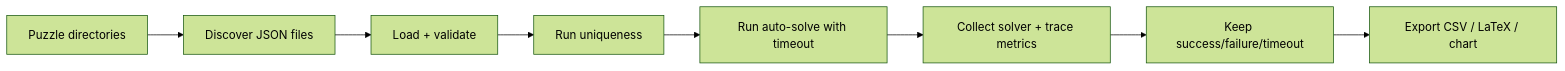
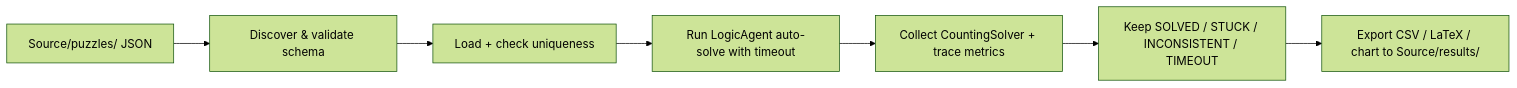
One commit to vannguyn/Griductive-Solver changed diagram 17 of 18 in Workflow.md. Above: the diagram before and after it, drawn with Mermaid (forest theme). The commit also changed other lines of this file, not shown here.

Commit message:
docs(workflow): replace HTTP API with GameSession/PyQt6 flow and sync contracts

````diff
--- a/Workflow.md
+++ b/Workflow.md
@@ -806,10 +746,9 @@
 ```mermaid
 flowchart LR
-    A[Puzzle directories] --> B[Discover JSON files]
-    B --> C[Load + validate]
-    C --> D[Run uniqueness]
-    D --> E[Run auto-solve with timeout]
-    E --> F[Collect solver + trace metrics]
-    F --> G[Keep success/failure/timeout]
-    G --> H[Export CSV / LaTeX / chart]
+    A[Source/puzzles/ JSON] --> B[Discover & validate schema]
+    B --> C[Load + check uniqueness]
+    C --> D[Run LogicAgent auto-solve with timeout]
+    D --> E[Collect CountingSolver + trace metrics]
+    E --> F[Keep SOLVED / STUCK / INCONSISTENT / TIMEOUT]
+    F --> G[Export CSV / LaTeX / chart to Source/results/]
 ```
````
